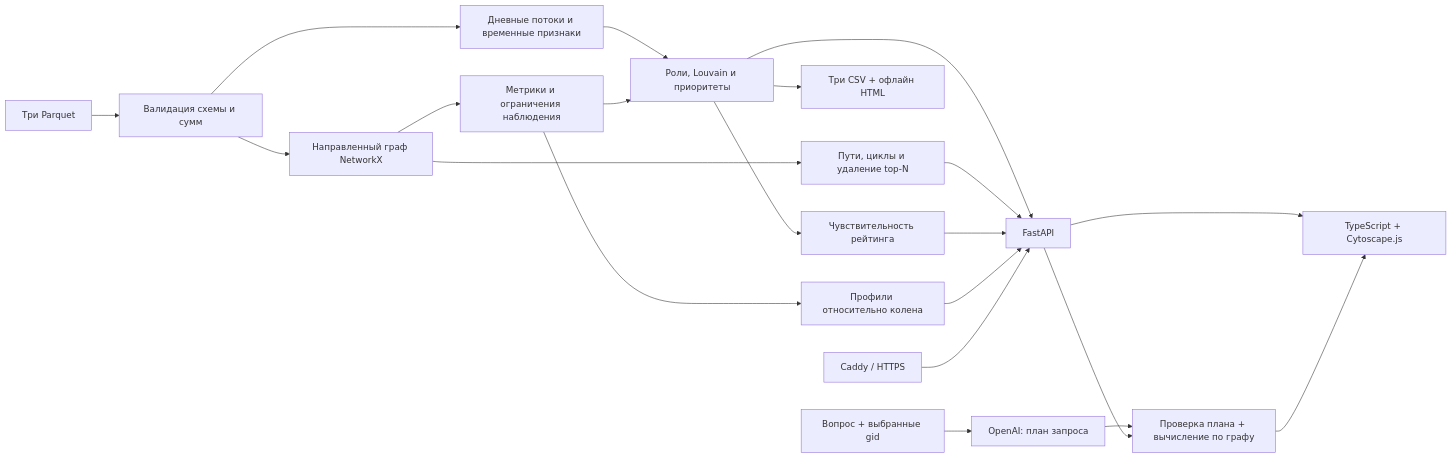
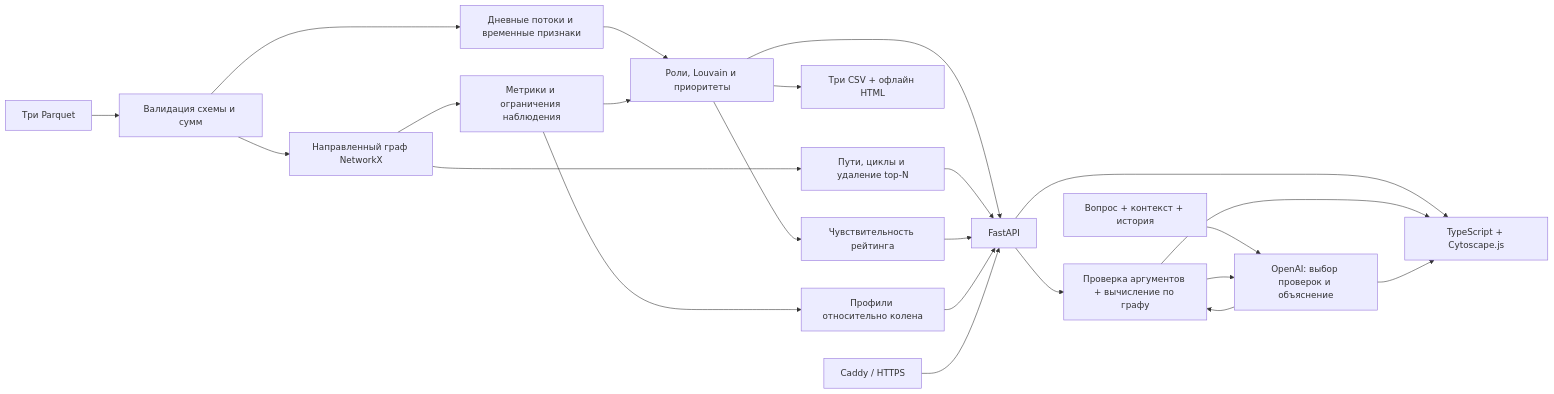
Before and after one commit to BAITC-Hacks/hack-5a6e2058-embeddedai: the diagram in README.md, drawn with Mermaid. The commit also changed other lines of this file and 18 other files, not shown here.

First line of the commit message:
feat: update money-graph version to 0.7.0 and enhance assistant features

````diff
--- a/README.md
+++ b/README.md
@@ -187,23 +188,25 @@
 ```mermaid
 flowchart LR
     P[Три Parquet] --> V[Валидация схемы и сумм]
     V --> G[Направленный граф NetworkX]
     V --> T[Дневные потоки и временные признаки]
     G --> M[Метрики и ограничения наблюдения]
     T --> R
     M --> R[Роли, Louvain и приоритеты]
     M --> F[Профили относительно колена]
     R --> C[Три CSV + офлайн HTML]
     R --> S[Чувствительность рейтинга]
     G --> E[Пути, циклы и удаление top-N]
     R --> A[FastAPI]
     E --> A
     S --> A
     F --> A
     A --> U[TypeScript + Cytoscape.js]
-    Q[Вопрос + выбранные gid] --> L[OpenAI: план запроса]
-    L --> D[Проверка плана + вычисление по графу]
+    Q[Вопрос + контекст + история] --> L[OpenAI: выбор проверок и объяснение]
+    L --> D[Проверка аргументов + вычисление по графу]
     A --> D
+    D --> L
     D --> U
+    L --> U
     X[Caddy / HTTPS] --> A
 ```
````
